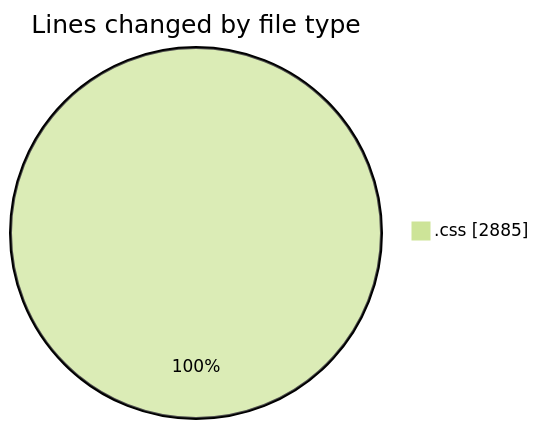
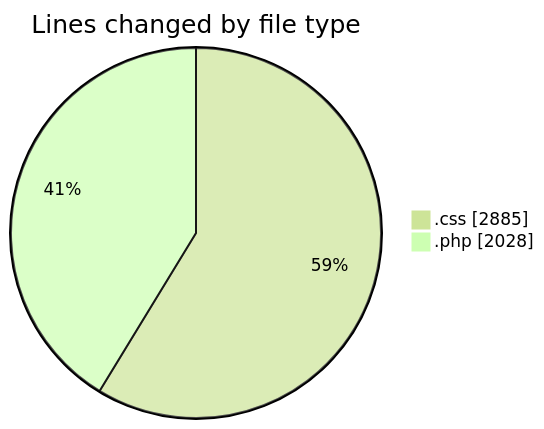
The first of 2 diagrams in 2026-03-17/plugins__workspace_/README.md (debugP/code-tracking), drawn with Mermaid (forest theme) before and after one commit. The commit also changed other lines of this file and 1 other file, not shown here.

````diff
--- a/2026-03-17/plugins__workspace_/README.md
+++ b/2026-03-17/plugins__workspace_/README.md
@@ -20,5 +21,6 @@
 ```mermaid
 pie showData
 title Lines changed by file type
 ".css" : 2885
+".php" : 2028
 ```
````
